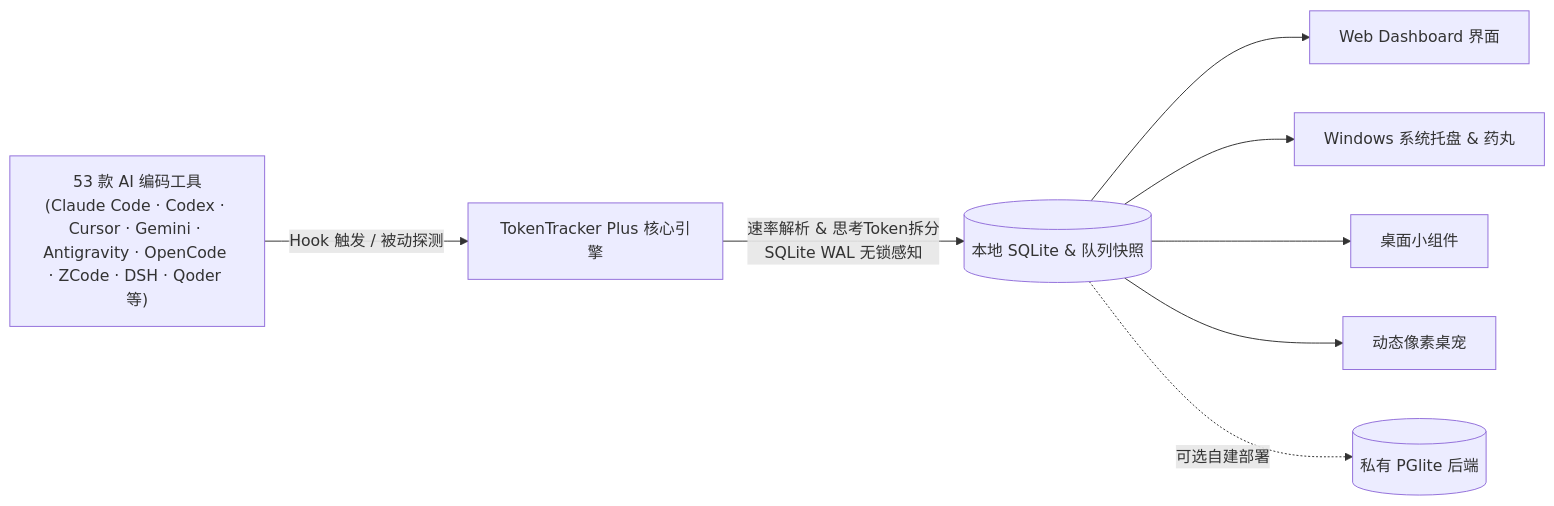
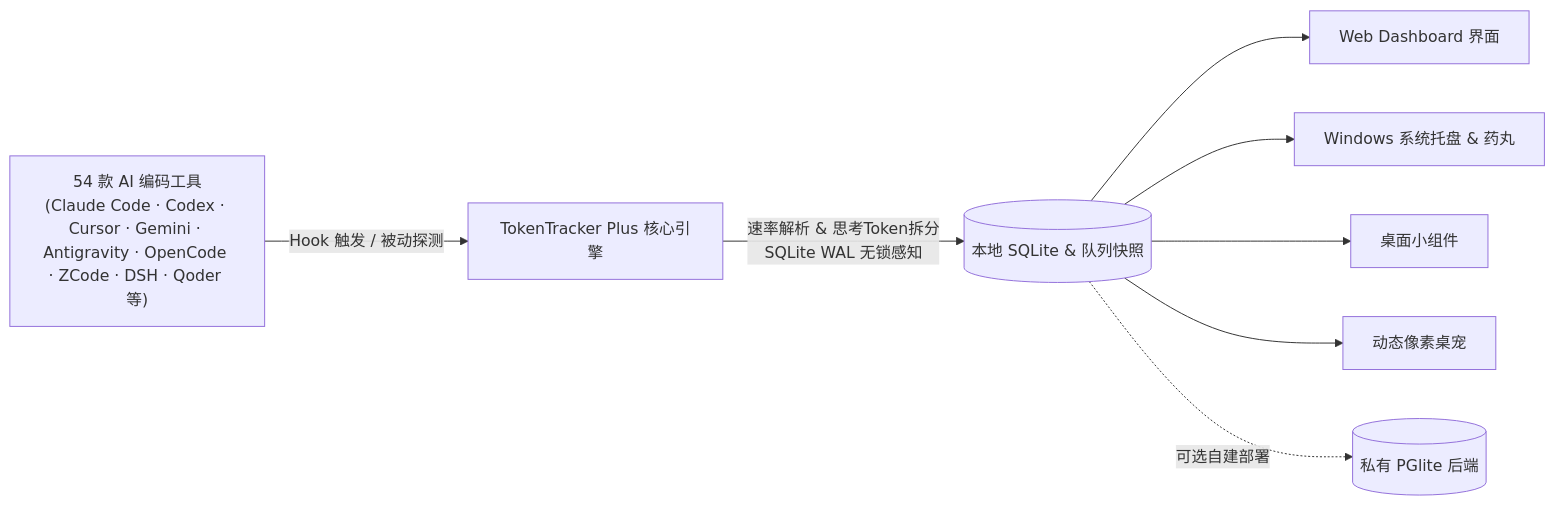
One commit to 01UNCLEDOG01/TokenTracker-Plus changed the diagram in README.md. Above: the diagram before and after it, drawn with Mermaid. The commit also changed other lines of this file and 29 other files, not shown here.

First line of the commit message:
feat(sources): 小米 MiMo 正名换真图标 + 新增 Magpie 网关卡片，网关行按客户端归属并迁移历史账

````diff
--- a/README.md
+++ b/README.md
@@ -197,10 +198,10 @@
 ```mermaid
 flowchart LR
-    A["53 款 AI 编码工具<br/>(Claude Code · Codex · Cursor · Gemini · Antigravity · OpenCode · ZCode · DSH · Qoder 等)"] -->|Hook 触发 / 被动探测| B[TokenTracker Plus 核心引擎]
+    A["54 款 AI 编码工具<br/>(Claude Code · Codex · Cursor · Gemini · Antigravity · OpenCode · ZCode · DSH · Qoder 等)"] -->|Hook 触发 / 被动探测| B[TokenTracker Plus 核心引擎]
     B -->|速率解析 & 思考Token拆分<br/>SQLite WAL 无锁感知| C[(本地 SQLite & 队列快照)]
     C --> D[Web Dashboard 界面]
     C --> E[Windows 系统托盘 & 药丸]
     C --> F[桌面小组件]
     C --> G[动态像素桌宠]
     C -.->|可选自建部署| H[(私有 PGlite 后端)]
 ```
````
